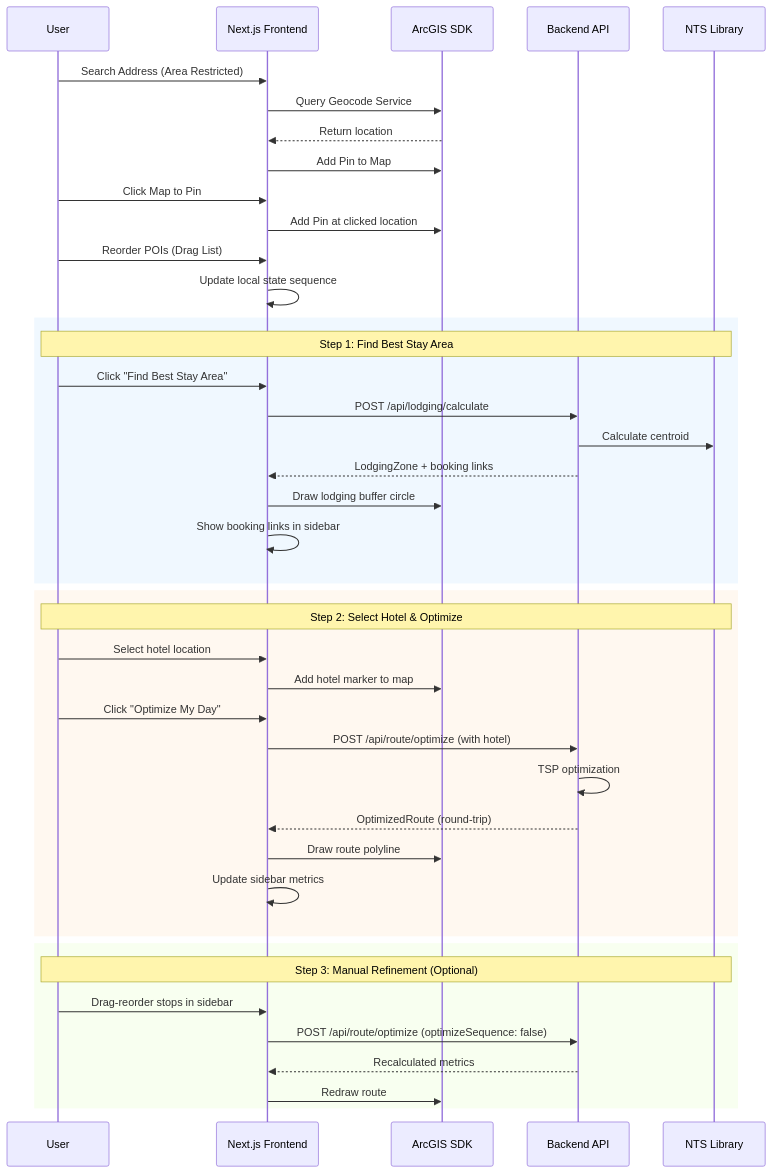
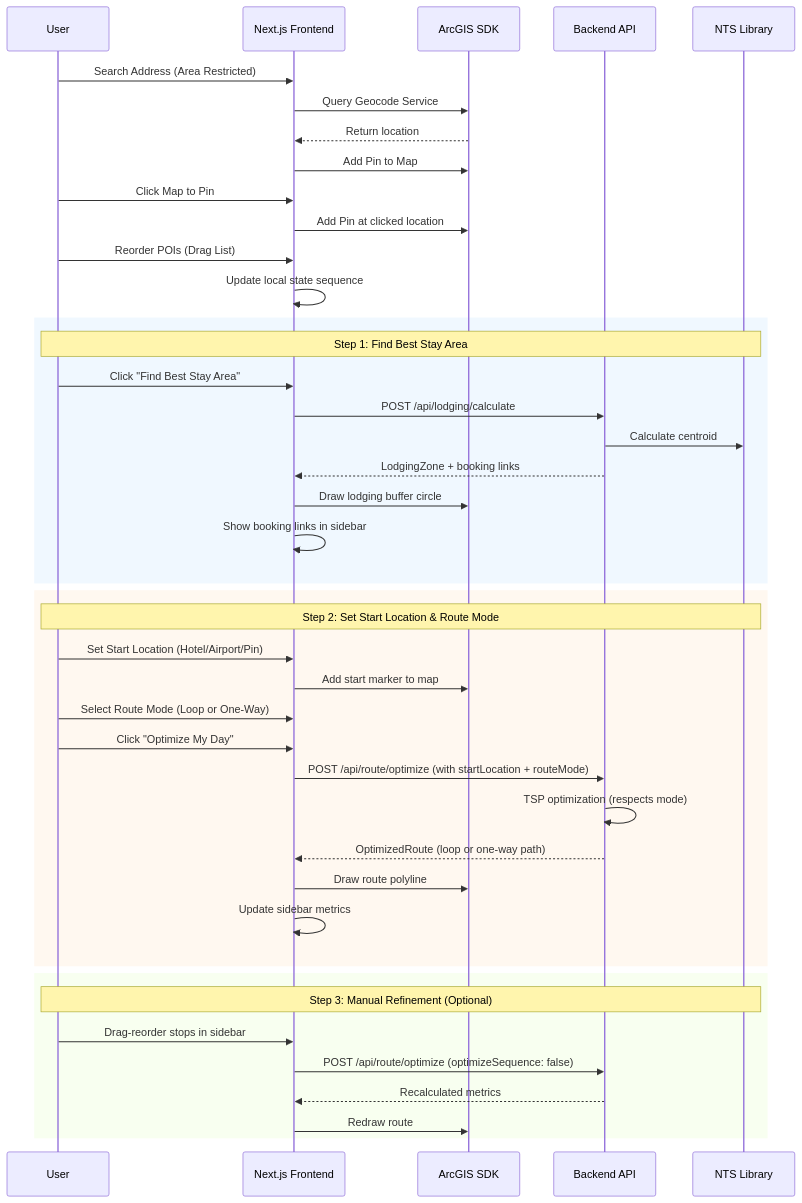
Before and after one commit to hangxigood/GeoRoute-Optimizer: the second of 2 diagrams in docs/TechDesign.md, drawn with Mermaid. The commit also changed other lines of this file and 1 other file, not shown here.

Commit message:
docs: update PRD and TechDesign for Loop/One-Way route modes and flexible start location

````diff
--- a/docs/TechDesign.md
+++ b/docs/TechDesign.md
@@ -425,48 +451,49 @@
 ```mermaid
 sequenceDiagram
     participant U as User
     participant F as Next.js Frontend
     participant A as ArcGIS SDK
     participant B as Backend API
     participant N as NTS Library
     
     U->>F: Search Address (Area Restricted)
     F->>A: Query Geocode Service
     A-->>F: Return location
     F->>A: Add Pin to Map
     U->>F: Click Map to Pin
     F->>A: Add Pin at clicked location
     
     U->>F: Reorder POIs (Drag List)
     F->>F: Update local state sequence
     
     rect rgb(240, 248, 255)
     Note over U,N: Step 1: Find Best Stay Area
     U->>F: Click "Find Best Stay Area"
     F->>B: POST /api/lodging/calculate
     B->>N: Calculate centroid
     B-->>F: LodgingZone + booking links
     F->>A: Draw lodging buffer circle
     F->>F: Show booking links in sidebar
     end
     
     rect rgb(255, 248, 240)
-    Note over U,N: Step 2: Select Hotel & Optimize
-    U->>F: Select hotel location
-    F->>A: Add hotel marker to map
+    Note over U,N: Step 2: Set Start Location & Route Mode
+    U->>F: Set Start Location (Hotel/Airport/Pin)
+    F->>A: Add start marker to map
+    U->>F: Select Route Mode (Loop or One-Way)
     U->>F: Click "Optimize My Day"
-    F->>B: POST /api/route/optimize (with hotel)
-    B->>B: TSP optimization
-    B-->>F: OptimizedRoute (round-trip)
+    F->>B: POST /api/route/optimize (with startLocation + routeMode)
+    B->>B: TSP optimization (respects mode)
+    B-->>F: OptimizedRoute (loop or one-way path)
     F->>A: Draw route polyline
     F->>F: Update sidebar metrics
     end
     
     rect rgb(248, 255, 240)
     Note over U,N: Step 3: Manual Refinement (Optional)
     U->>F: Drag-reorder stops in sidebar
     F->>B: POST /api/route/optimize (optimizeSequence: false)
     B-->>F: Recalculated metrics
     F->>A: Redraw route
     end
 ```
````
